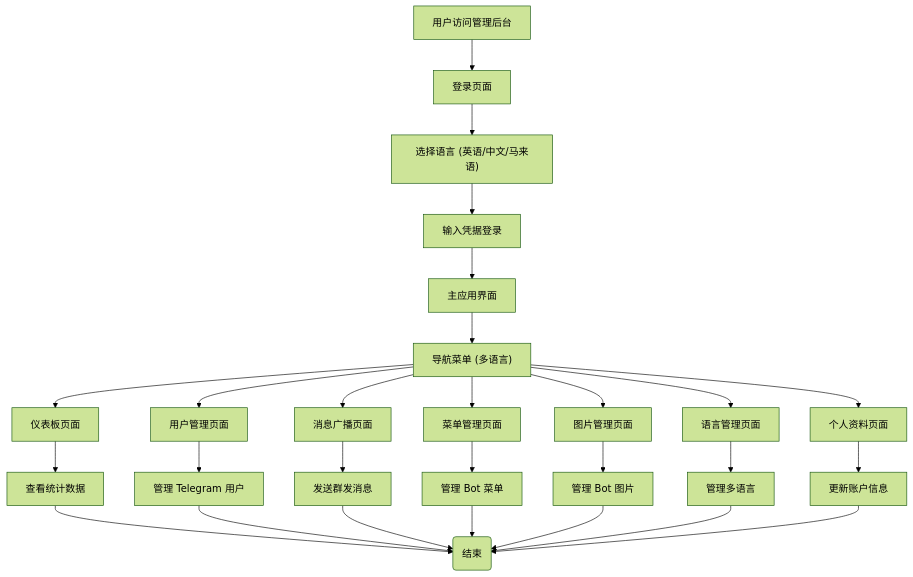
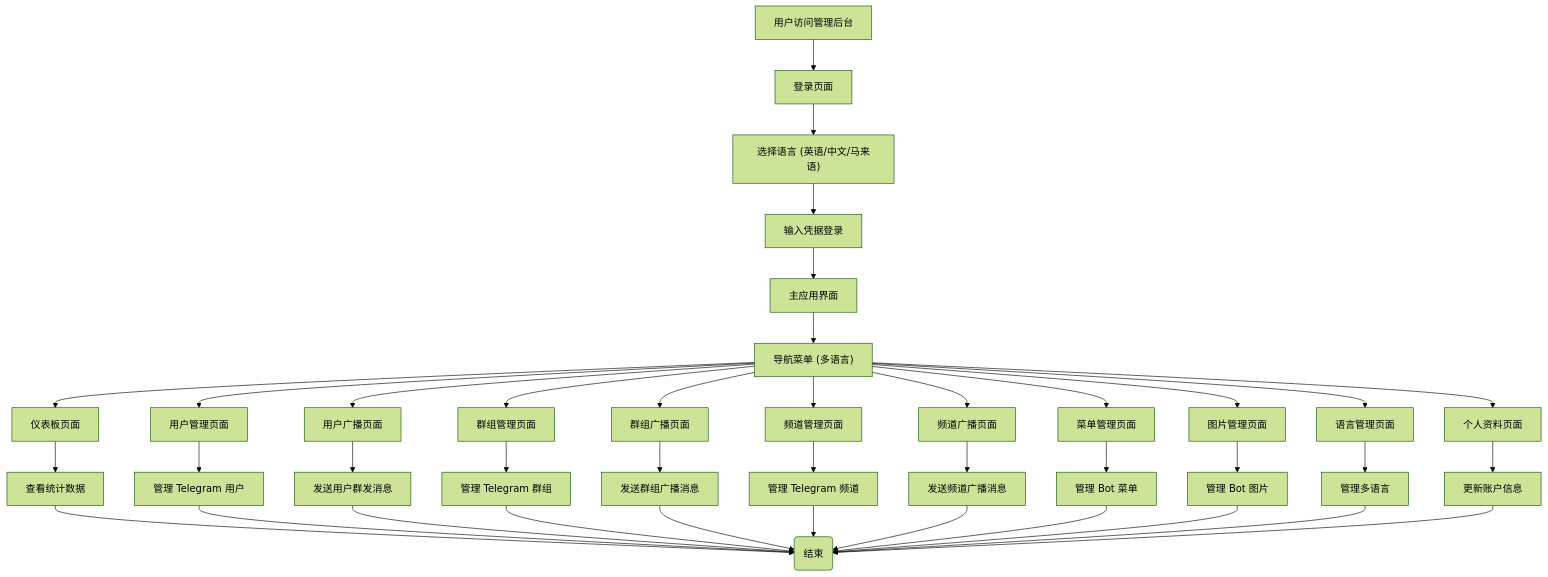
One commit to looikokwai/Laravel_telegrambot changed the second of 3 diagrams in docs/mermaid.md. Above: the diagram before and after it, drawn with Mermaid (forest theme). The commit also changed other lines of this file and 41 other files, not shown here.

````diff
--- a/docs/mermaid.md
+++ b/docs/mermaid.md
@@ -31,29 +31,41 @@
 ```mermaid
 graph TD;
     A["用户访问管理后台"] --> B["登录页面"];
     B --> C["选择语言 (英语/中文/马来语)"];
     C --> D["输入凭据登录"];
     D --> E["主应用界面"];
     E --> F["导航菜单 (多语言)"];
     F --> G["仪表板页面"];
     F --> H["用户管理页面"];
-    F --> I["消息广播页面"];
-    F --> J["菜单管理页面"];
-    F --> K["图片管理页面"];
-    F --> L["语言管理页面"];
-    F --> M["个人资料页面"];
-    G --> N["查看统计数据"];
-    H --> O["管理 Telegram 用户"];
-    I --> P["发送群发消息"];
-    J --> Q["管理 Bot 菜单"];
-    K --> R["管理 Bot 图片"];
-    L --> S["管理多语言"];
-    M --> T["更新账户信息"];
-    N --> U("结束");
-    O --> U;
-    P --> U;
-    Q --> U;
-    R --> U;
-    S --> U;
-    T --> U;
+    F --> I["用户广播页面"];
+    F --> J["群组管理页面"];
+    F --> K["群组广播页面"];
+    F --> L["频道管理页面"];
+    F --> M["频道广播页面"];
+    F --> N["菜单管理页面"];
+    F --> O["图片管理页面"];
+    F --> P["语言管理页面"];
+    F --> Q["个人资料页面"];
+    G --> R["查看统计数据"];
+    H --> S["管理 Telegram 用户"];
+    I --> T["发送用户群发消息"];
+    J --> U["管理 Telegram 群组"];
+    K --> V["发送群组广播消息"];
+    L --> W["管理 Telegram 频道"];
+    M --> X["发送频道广播消息"];
+    N --> Y["管理 Bot 菜单"];
+    O --> Z["管理 Bot 图片"];
+    P --> AA["管理多语言"];
+    Q --> BB["更新账户信息"];
+    R --> CC("结束");
+    S --> CC;
+    T --> CC;
+    U --> CC;
+    V --> CC;
+    W --> CC;
+    X --> CC;
+    Y --> CC;
+    Z --> CC;
+    AA --> CC;
+    BB --> CC;
 ```
````
